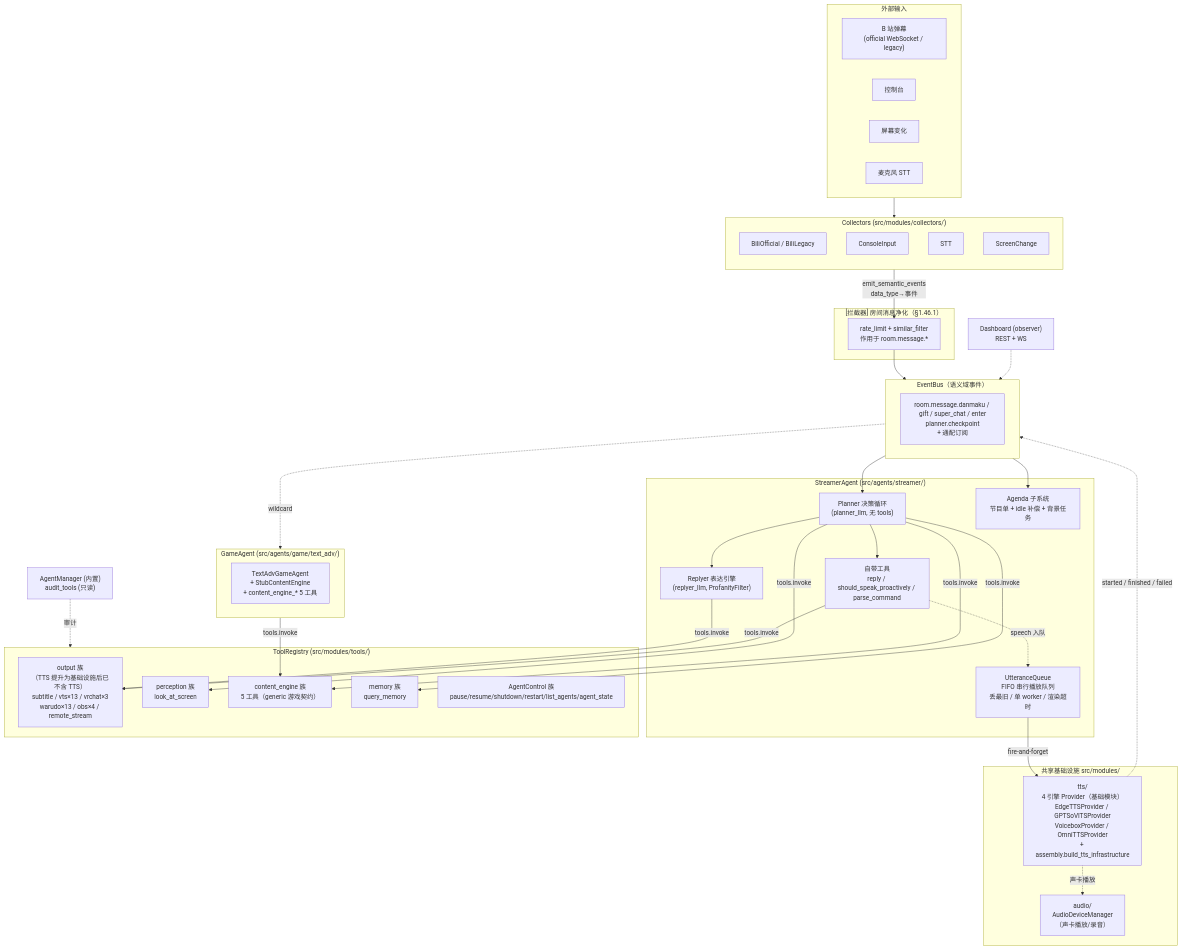
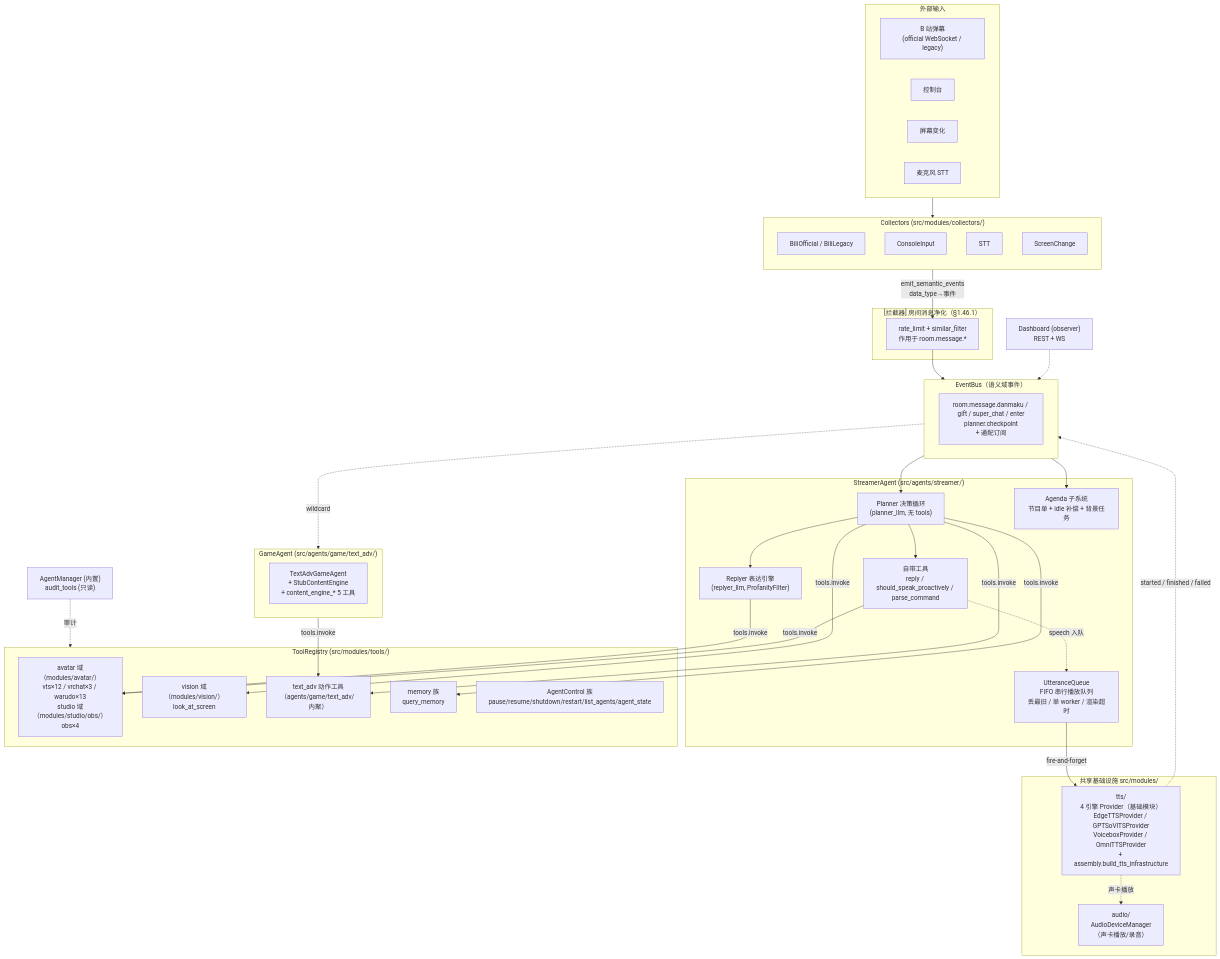
The first of 3 diagrams in docs/architecture/overview.md (Mai-with-u/Amaidesu), drawn with Mermaid before and after one commit. The commit also changed other lines of this file and 24 other files, not shown here.

First line of the commit message:
refactor(avatar): vrchat 独立包 + 热键按名触发 + 动作目录配置化

````diff
--- a/docs/architecture/overview.md
+++ b/docs/architecture/overview.md
@@ -11,71 +11,71 @@
 ```mermaid
 flowchart TB
     subgraph Ext["外部输入"]
         Bili["B 站弹幕<br/>(official WebSocket / legacy)"]
         Cons["控制台"]
         Screen["屏幕变化"]
         Mic["麦克风 STT"]
     end
 
     subgraph Collectors["Collectors (src/modules/collectors/)"]
         direction TB
         CBili["BiliOfficial / BiliLegacy"]
         CCons["ConsoleInput"]
         CMic["STT"]
         CScreen["ScreenChange"]
     end
 
     subgraph Interceptors["[拦截器] 房间消息净化（§1.46.1）"]
         INT["rate_limit + similar_filter<br/>作用于 room.message.*"]
     end
 
     subgraph Bus["EventBus（语义域事件）"]
         EB["room.message.danmaku / gift / super_chat / enter<br/>planner.checkpoint<br/>+ 通配订阅"]
     end
 
     subgraph Streamer["StreamerAgent (src/agents/streamer/)"]
         Planner["Planner 决策循环<br/>(planner_llm, 无 tools)"]
         Reply["Replyer 表达引擎<br/>(replyer_llm, ProfanityFilter)"]
         Agenda["Agenda 子系统<br/>节目单 + idle 补偿 + 背景任务"]
         Tools["自带工具<br/>reply / should_speak_proactively / parse_command"]
         UQ["UtteranceQueue<br/>FIFO 串行播放队列<br/>丢最旧 / 单 worker / 渲染超时"]
     end
 
     subgraph Game["GameAgent (src/agents/game/text_adv/)"]
         TextAdv["TextAdvGameAgent<br/>+ StubContentEngine<br/>+ content_engine_* 5 工具"]
     end
 
     subgraph Registry["ToolRegistry (src/modules/tools/)"]
-        Out["output 族<br/>（TTS 提升为基础设施后已不含 TTS）<br/>subtitle / vts×13 / vrchat×3<br/>warudo×13 / obs×4 / remote_stream"]
-        Per["perception 族<br/>look_at_screen"]
-        CE["content_engine 族<br/>5 工具（generic 游戏契约）"]
+        Out["avatar 域（modules/avatar/）<br/>vts×12 / vrchat×3 / warudo×13<br/>studio 域（modules/studio/obs/）obs×4"]
+        Per["vision 域（modules/vision/）<br/>look_at_screen"]
+        CE["text_adv 动作工具<br/>（agents/game/text_adv/ 内聚）"]
         Mem["memory 族<br/>query_memory"]
         Ctrl["AgentControl 族<br/>pause/resume/shutdown/restart/list_agents/agent_state"]
     end
 
     subgraph InFra["共享基础设施 src/modules/"]
         TTS["tts/<br/>4 引擎 Provider（基础模块）<br/>EdgeTTSProvider / GPTSoVITSProvider<br/>VoiceboxProvider / OmniTTSProvider<br/>+ assembly.build_tts_infrastructure"]
         Audio["audio/<br/>AudioDeviceManager<br/>（声卡播放/录音）"]
     end
 
     Ext --> Collectors
     Collectors -->|"emit_semantic_events<br/>data_type→事件"| INT
     INT --> Bus
     Bus --> Planner
     Bus --> Agenda
     Planner --> Reply
     Planner --> Tools
     Reply -->|tools.invoke| Out
     Tools -->|tools.invoke| Out
     Planner -->|tools.invoke| CE
     Planner -->|tools.invoke| Per
     Planner -->|tools.invoke| Mem
     Bus -.->|wildcard| Game
     Game -->|tools.invoke| CE
     Tools -.->|speech 入队| UQ
     UQ -->|fire-and-forget| TTS
     TTS -.->|started / finished / failed| Bus
     TTS -.->|声卡播放| Audio
     Manager["AgentManager (内置)<br/>audit_tools (只读)"] -.->|审计| Registry
     Dashboard["Dashboard (observer)<br/>REST + WS"] -.-> Bus
 ```
````
